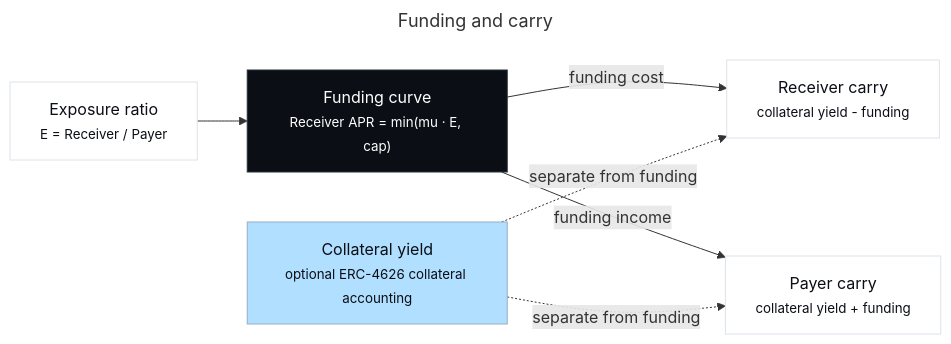
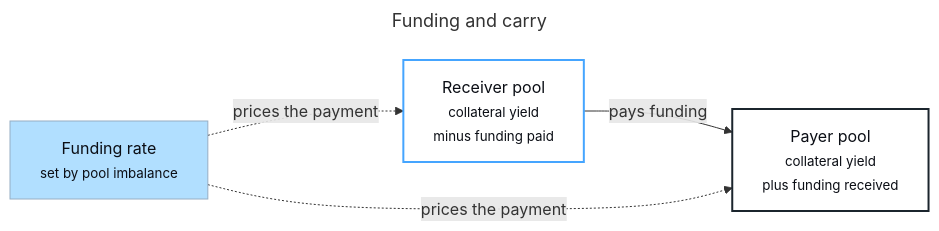
Before and after one commit to Null-Solutions/v1-docs: the diagram in diagrams/funding-carry.mmd, drawn with Mermaid. The commit also changed 11 other files, not shown here.

Commit message:
Simplify docs diagrams around two pools

```diff
--- a/diagrams/funding-carry.mmd
+++ b/diagrams/funding-carry.mmd
@@ -1,22 +1,18 @@
 ---
 title: Funding and carry
 ---
 flowchart LR
-  exposure["Exposure ratio<br/><small>E = Receiver / Payer</small>"]
-  curve["Funding curve<br/><small>Receiver APR = min(mu · E, cap)</small>"]
-  receiver["Receiver carry<br/><small>collateral yield - funding</small>"]
-  payer["Payer carry<br/><small>collateral yield + funding</small>"]
-  yield["Collateral yield<br/><small>optional ERC-4626 collateral accounting</small>"]
+  receiver["Receiver pool<br/><small>collateral yield<br/>minus funding paid</small>"]
+  payer["Payer pool<br/><small>collateral yield<br/>plus funding received</small>"]
+  funding["Funding rate<br/><small>set by pool imbalance</small>"]
 
-  exposure --> curve
-  curve -- funding cost --> receiver
-  curve -- funding income --> payer
-  yield -. separate from funding .-> receiver
-  yield -. separate from funding .-> payer
+  receiver -- "pays funding" --> payer
+  funding -. "prices the payment" .-> receiver
+  funding -. "prices the payment" .-> payer
 
-  classDef dark fill:#0B0E15,color:#FFFFFF,stroke:#243038,stroke-width:1px;
-  classDef soft fill:#FFFFFF,color:#0B0E15,stroke:#DDE3EA,stroke-width:1px;
+  classDef receiver fill:#FFFFFF,color:#0B0E15,stroke:#45A5FF,stroke-width:2px;
+  classDef payer fill:#FFFFFF,color:#0B0E15,stroke:#1B252D,stroke-width:2px;
   classDef accent fill:#B1DFFF,color:#0B0E15,stroke:#96AEC4,stroke-width:1px;
-  class curve dark;
-  class exposure,receiver,payer soft;
-  class yield accent;
+  class receiver receiver;
+  class payer payer;
+  class funding accent;
```
